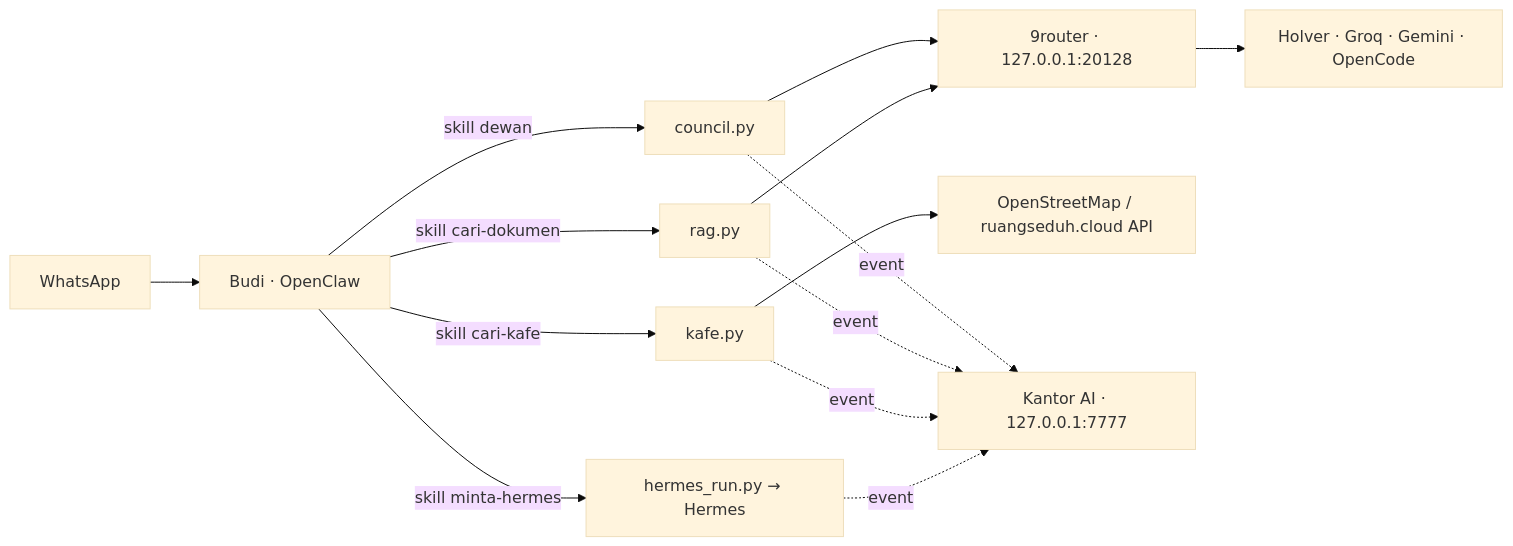
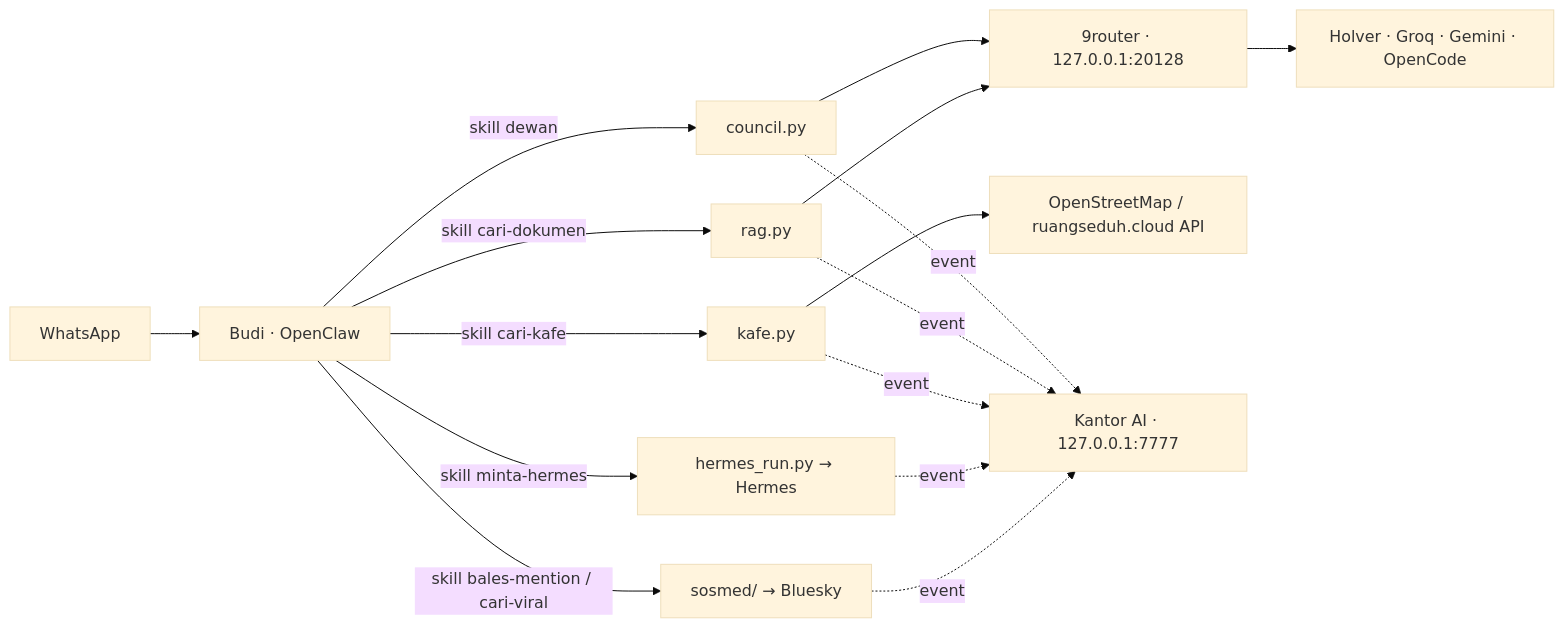
The diagram in README.md (louisaurelius343/budi-ai-council), drawn with Mermaid (base theme) before and after one commit. The commit also changed other lines of this file and 9 other files, not shown here.

First line of the commit message:
Tambah sosmed (Bluesky) + skill bales-mention & cari-viral, tersambung ke Kantor AI

````diff
--- a/README.md
+++ b/README.md
@@ -5,12 +5,13 @@
 ```mermaid
 flowchart LR
     WA[WhatsApp] --> B[Budi · OpenClaw]
     B -->|skill dewan| C[council.py]
     B -->|skill cari-dokumen| R[rag.py]
     B -->|skill cari-kafe| K[kafe.py]
     B -->|skill minta-hermes| H[hermes_run.py → Hermes]
+    B -->|skill bales-mention / cari-viral| S[sosmed/ → Bluesky]
     C & R --> NR[9router · 127.0.0.1:20128]
     NR --> P[Holver · Groq · Gemini · OpenCode]
     K --> OSM[OpenStreetMap / ruangseduh.cloud API]
-    C & R & K & H -.event.-> KA[Kantor AI · 127.0.0.1:7777]
+    C & R & K & H & S -.event.-> KA[Kantor AI · 127.0.0.1:7777]
 ```
````
